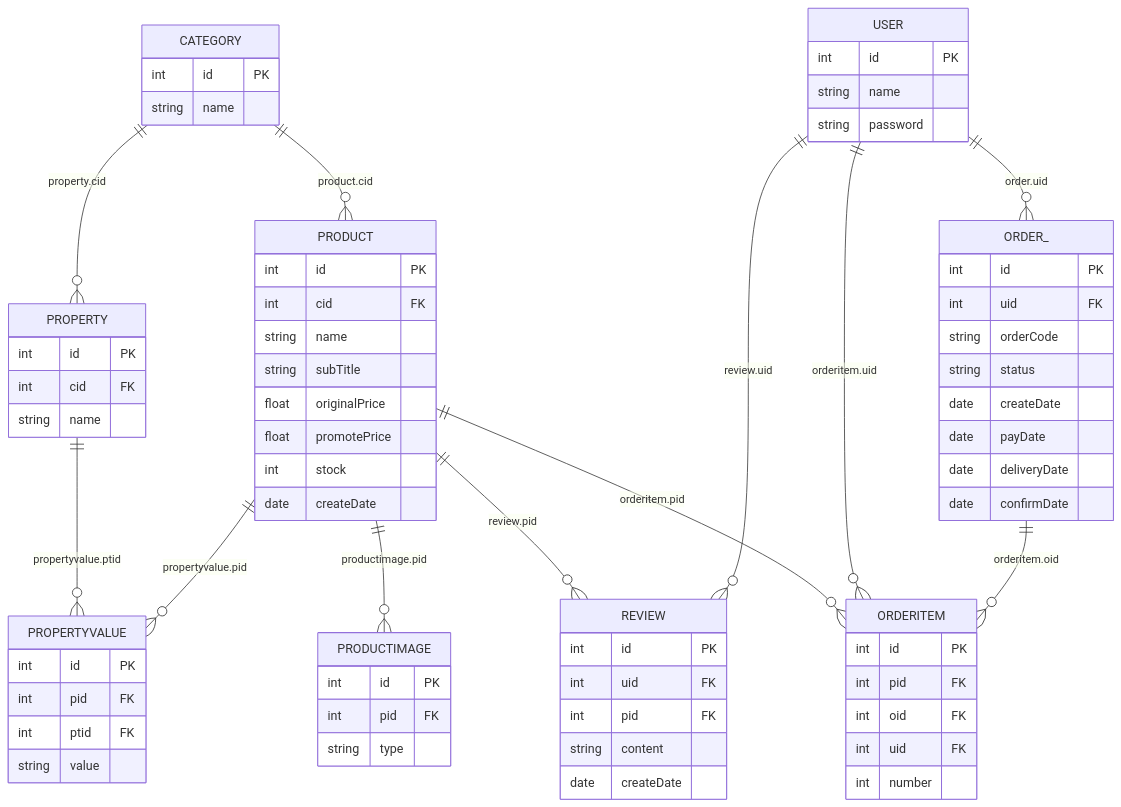
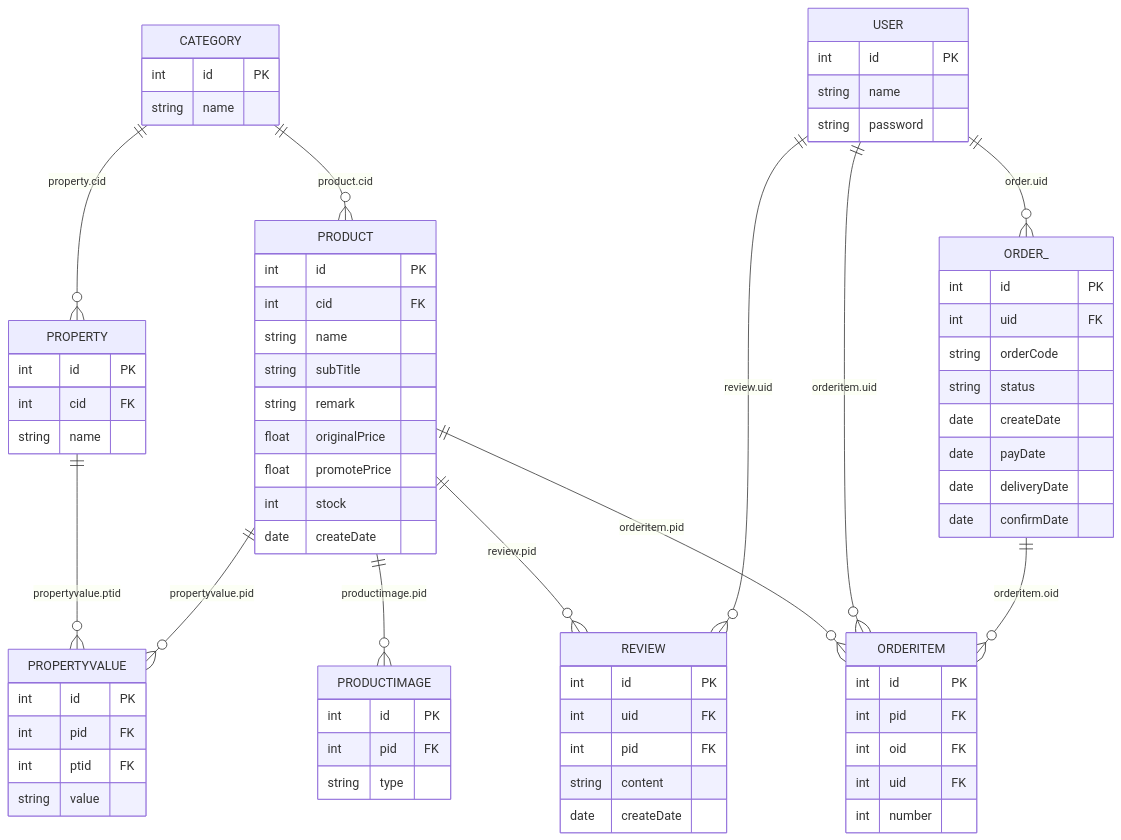
The diagram in openwiki/concepts/domain-model.md (fywstar/Tmall_SSH), drawn with Mermaid before and after one commit. The commit also changed other lines of this file and 37 other files, not shown here.

````diff
--- a/openwiki/concepts/domain-model.md
+++ b/openwiki/concepts/domain-model.md
@@ -111,73 +119,74 @@
 ```mermaid
 erDiagram
     CATEGORY {
         int id PK
         string name
     }
     PROPERTY {
         int id PK
         int cid FK
         string name
     }
     PRODUCT {
         int id PK
         int cid FK
         string name
         string subTitle
+        string remark
         float originalPrice
         float promotePrice
         int stock
         date createDate
     }
     PROPERTYVALUE {
         int id PK
         int pid FK
         int ptid FK
         string value
     }
     PRODUCTIMAGE {
         int id PK
         int pid FK
         string type
     }
     REVIEW {
         int id PK
         int uid FK
         int pid FK
         string content
         date createDate
     }
     USER {
         int id PK
         string name
         string password
     }
     ORDER_ {
         int id PK
         int uid FK
         string orderCode
         string status
         date createDate
         date payDate
         date deliveryDate
         date confirmDate
     }
     ORDERITEM {
         int id PK
         int pid FK
         int oid FK
         int uid FK
         int number
     }
     CATEGORY ||--o{ PRODUCT : "product.cid"
     CATEGORY ||--o{ PROPERTY : "property.cid"
     PROPERTY ||--o{ PROPERTYVALUE : "propertyvalue.ptid"
     PRODUCT ||--o{ PROPERTYVALUE : "propertyvalue.pid"
     PRODUCT ||--o{ PRODUCTIMAGE : "productimage.pid"
     PRODUCT ||--o{ REVIEW : "review.pid"
     PRODUCT ||--o{ ORDERITEM : "orderitem.pid"
     USER ||--o{ ORDER_ : "order.uid"
     USER ||--o{ REVIEW : "review.uid"
     USER ||--o{ ORDERITEM : "orderitem.uid"
     ORDER_ ||--o{ ORDERITEM : "orderitem.oid"
 ```
````
